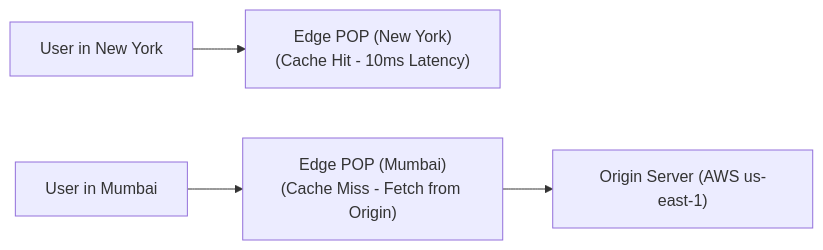
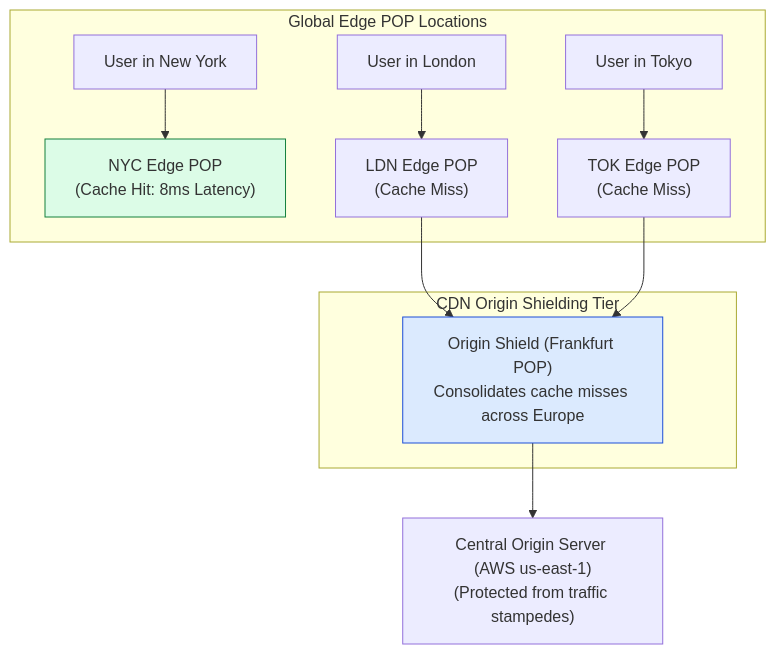
Before and after one commit to Amie-dev/engineering-playbook: the first of 3 diagrams in system-design-notes/07-cdn-and-edge.md, drawn with Mermaid. The commit also changed other lines of this file and 33 other files, not shown here.

````diff
--- a/system-design-notes/07-cdn-and-edge.md
+++ b/system-design-notes/07-cdn-and-edge.md
@@ -10,6 +15,18 @@
 ```mermaid
-flowchart LR
-    UserUS[User in New York] --> EdgeNY["Edge POP (New York)<br/>(Cache Hit - 10ms Latency)"]
-    UserIN[User in Mumbai] --> EdgeBOM["Edge POP (Mumbai)<br/>(Cache Miss - Fetch from Origin)"]
-    EdgeBOM --> Origin["Origin Server (AWS us-east-1)"]
+flowchart TD
+    subgraph Global Edge POP Locations
+        UserNYC[User in New York] --> EdgeNYC["NYC Edge POP<br/>(Cache Hit: 8ms Latency)"]
+        UserLDN[User in London] --> EdgeLDN["LDN Edge POP<br/>(Cache Miss)"]
+        UserTOK[User in Tokyo] --> EdgeTOK["TOK Edge POP<br/>(Cache Miss)"]
+    end
+
+    subgraph CDN Origin Shielding Tier
+        EdgeLDN --> Shield["Origin Shield (Frankfurt POP)<br/>Consolidates cache misses across Europe"]
+        EdgeTOK --> Shield
+    end
+
+    Shield --> Origin["Central Origin Server (AWS us-east-1)<br/>(Protected from traffic stampedes)"]
+
+    style EdgeNYC fill:#dcfce7,stroke:#15803d
+    style Shield fill:#dbeafe,stroke:#1d4ed8
 ```
````
